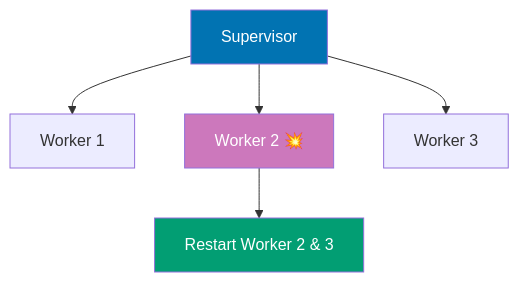
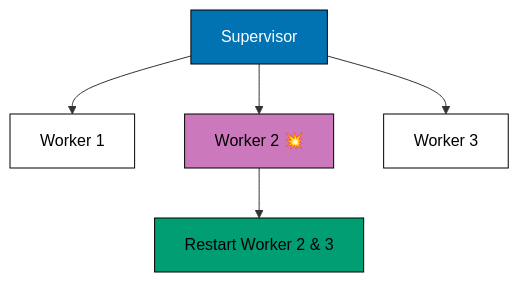
The eighth of 24 diagrams in apps/ayokoding-www/content/en/learn/legacy/software-engineering/programming-languages/elixir/by-example/advanced.md (wahidyankf/ose-public), drawn with Mermaid before and after one commit. The commit also changed other lines of this file and 112 other files, not shown here.

First line of the commit message:
fix(mermaid): bring the legacy programming-languages diagrams onto the accessible palette

````diff
--- a/apps/ayokoding-www/content/en/learn/legacy/software-engineering/programming-languages/elixir/by-example/advanced.md
+++ b/apps/ayokoding-www/content/en/learn/legacy/software-engineering/programming-languages/elixir/by-example/advanced.md
@@ -1301,11 +1351,17 @@
 ```mermaid
 graph TD
+    accTitle: Example 67: Restart Strategies
+    accDescr: Graph with 6 nodes and 5 connections. Nodes: Supervisor, Worker 1, Worker 2 💥, Worker 3, R3, 3. Connections: Supervisor to Worker 1, Supervisor to Worker 2 💥, Supervisor to Worker 3, Worker 2 💥 to R3, Worker 2 💥 to 3.
     S3["Supervisor"] --> W7["Worker 1"]
     S3 --> W8["Worker 2 💥"]
     S3 --> W9["Worker 3"]
     W8 --> R3["Restart Worker 2 & 3"]
 
-    style S3 fill:#0173B2,color:#fff
-    style W8 fill:#CC78BC,color:#fff
-    style R3 fill:#029E73,color:#fff
+    classDef pal-0173B2 fill:#0173B2,stroke:#000000,color:#FFFFFF
+    class S3 pal-0173B2
+    classDef pal-CC78BC fill:#CC78BC,stroke:#000000,color:#000000
+    class W8 pal-CC78BC
+    classDef pal-029E73 fill:#029E73,stroke:#000000,color:#000000
+    class R3 pal-029E73
+    classDef default fill:#FFFFFF,stroke:#000000,color:#000000
 ```
````
